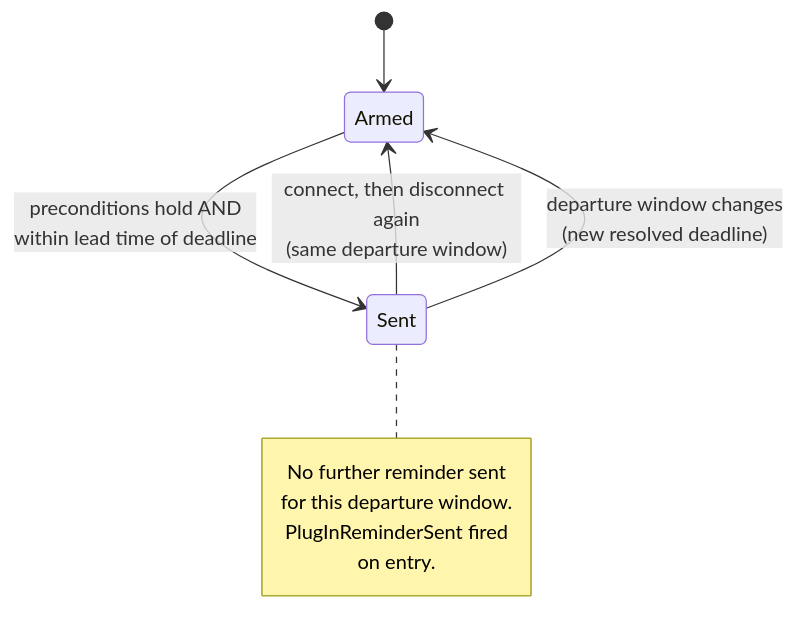
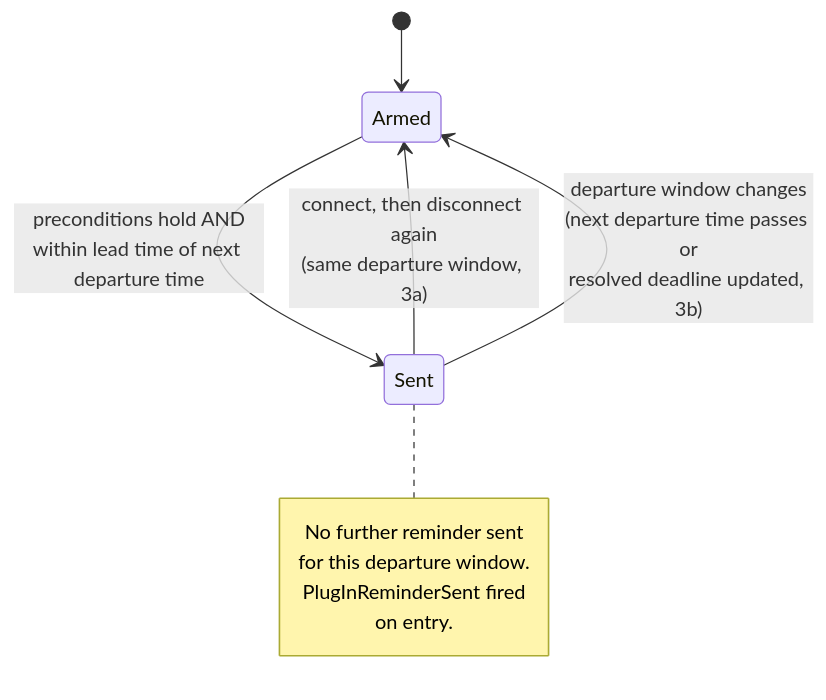
The diagram in docs/analysis/use-cases/UC10-remind-to-plug-in.md (kristofdegrave/homeassistant-smart-charging), drawn with Mermaid before and after one commit. The commit also changed other lines of this file and 2 other files, not shown here.

````diff
--- a/docs/analysis/use-cases/UC10-remind-to-plug-in.md
+++ b/docs/analysis/use-cases/UC10-remind-to-plug-in.md
@@ -81,13 +86,13 @@
 ```mermaid
 stateDiagram-v2
     [*] --> Armed
-    Armed --> Sent: preconditions hold AND<br/>within lead time of deadline
-    Sent --> Armed: connect, then disconnect again<br/>(same departure window)
-    Sent --> Armed: departure window changes<br/>(new resolved deadline)
+    Armed --> Sent: preconditions hold AND<br/>within lead time of next departure time
+    Sent --> Armed: connect, then disconnect again<br/>(same departure window, 3a)
+    Sent --> Armed: departure window changes<br/>(next departure time passes or<br/>resolved deadline updated, 3b)
     note right of Sent
         No further reminder sent
         for this departure window.
         PlugInReminderSent fired
         on entry.
     end note
 ```
````
